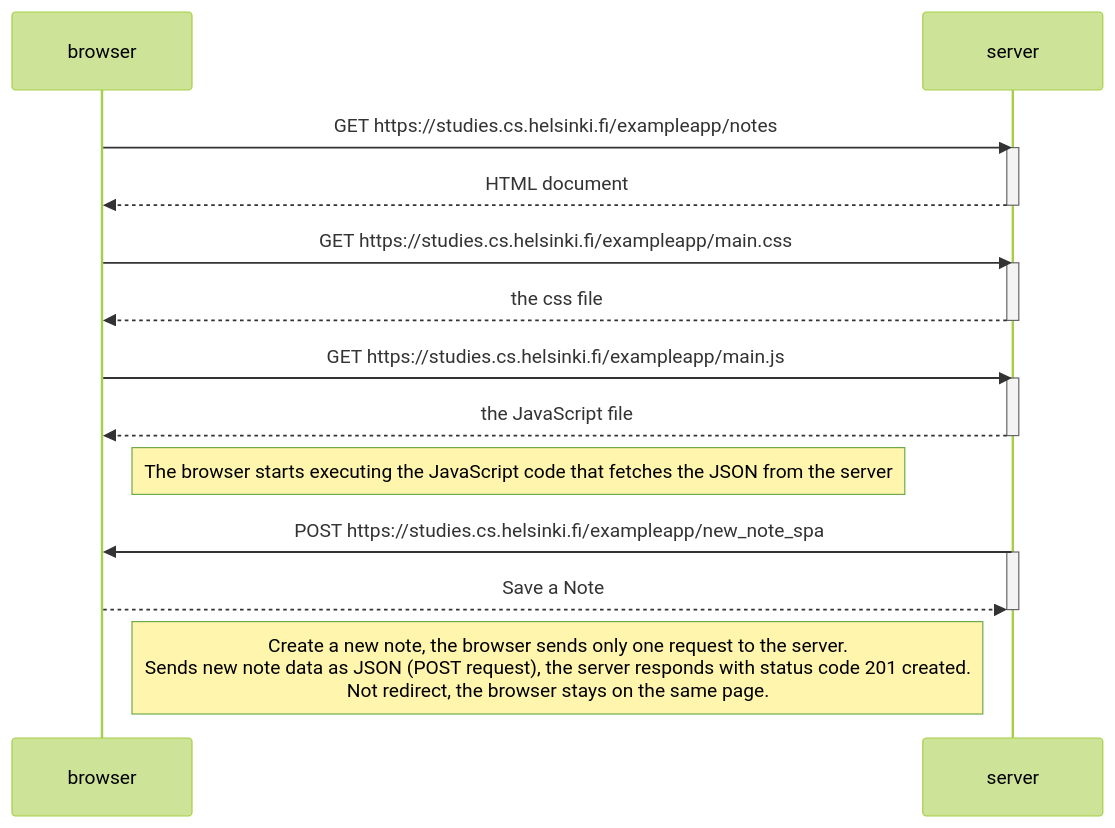
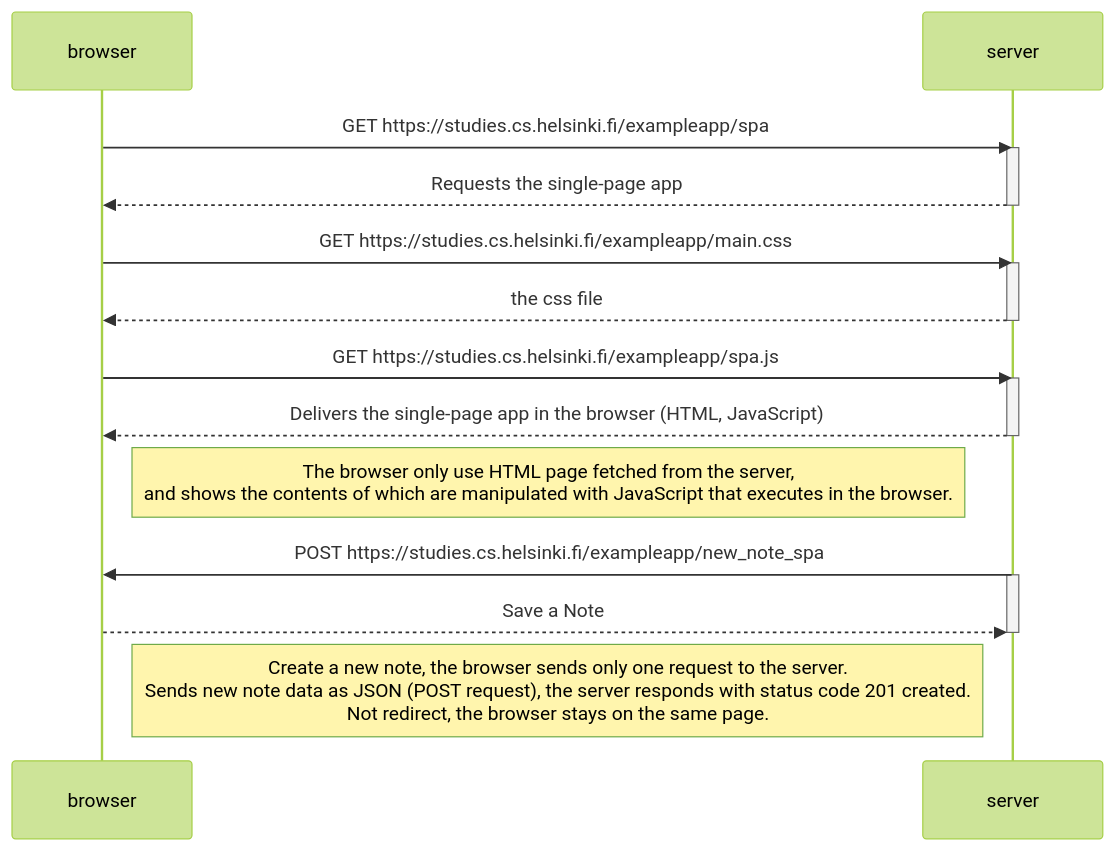
One commit to rfloresj/fsopen changed the diagram in part0/new-note-single-app-diagram.md. Above: the diagram before and after it, drawn with Mermaid (forest theme).

Commit message:
correction:new-note-single-app-diagram

````diff
--- a/part0/new-note-single-app-diagram.md
+++ b/part0/new-note-single-app-diagram.md
@@ -1,29 +1,29 @@
 ```mermaid
 sequenceDiagram
     participant browser
     participant server
 
-    browser->>server: GET https://studies.cs.helsinki.fi/exampleapp/notes
+    browser->>server: GET https://studies.cs.helsinki.fi/exampleapp/spa
     activate server
-    server-->>browser: HTML document
+    server-->>browser: Requests the single-page app
     deactivate server
 
     browser->>server: GET https://studies.cs.helsinki.fi/exampleapp/main.css
     activate server
     server-->>browser: the css file
     deactivate server
 
-    browser->>server: GET https://studies.cs.helsinki.fi/exampleapp/main.js
+     browser->>server: GET https://studies.cs.helsinki.fi/exampleapp/spa.js
     activate server
-    server-->>browser: the JavaScript file
+    server-->>browser: Delivers the single-page app in the browser (HTML, JavaScript)
     deactivate server
 
-    Note right of browser: The browser starts executing the JavaScript code that fetches the JSON from the server
+    Note right of browser:  The browser only use HTML page fetched from the server, <br>and shows the contents of which are manipulated with JavaScript that executes in the browser.
 
     server->>browser: POST https://studies.cs.helsinki.fi/exampleapp/new_note_spa
     activate server
     browser-->>server: Save a Note
     deactivate server
 
     Note right of browser: Create a new note, the browser sends only one request to the server.<br>  Sends new note data as JSON (POST request), the server responds with status code 201 created.<br> Not redirect, the browser stays on the same page.
 ```
````
